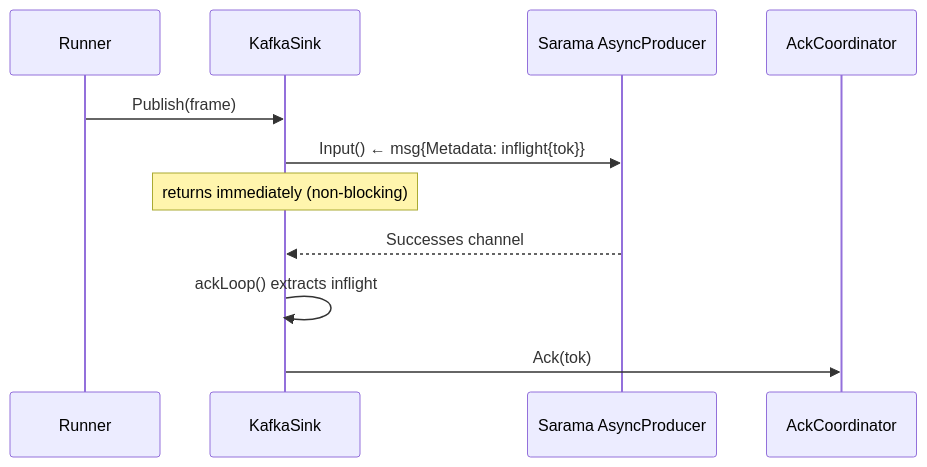
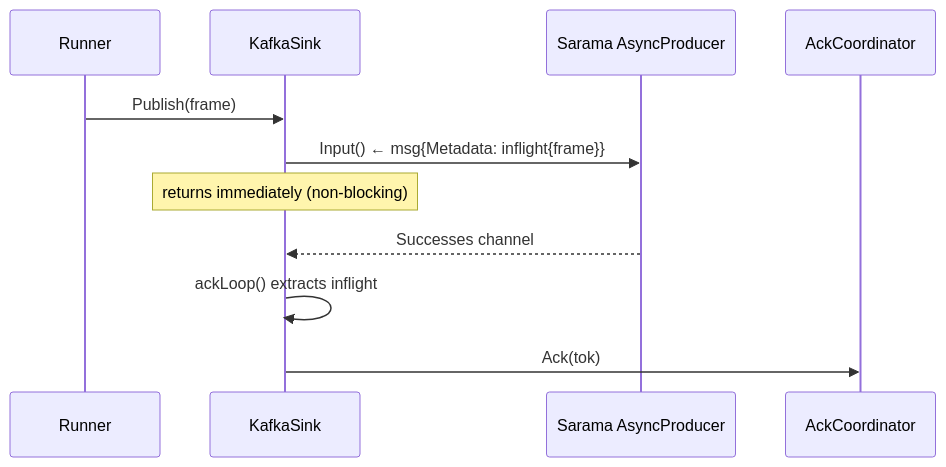
One commit to mohsanabbas/quanta changed the diagram in docs/specs/sink.md. Above: the diagram before and after it, drawn with Mermaid. The commit also changed other lines of this file and 31 other files, not shown here.

````diff
--- a/docs/specs/sink.md
+++ b/docs/specs/sink.md
@@ -51,15 +68,15 @@
 ```mermaid
 sequenceDiagram
   participant Runner
   participant KafkaSink
   participant AsyncProducer as Sarama AsyncProducer
   participant Coordinator as AckCoordinator
 
   Runner->>KafkaSink: Publish(frame)
-  KafkaSink->>AsyncProducer: Input() ← msg{Metadata: inflight{tok}}
+  KafkaSink->>AsyncProducer: Input() ← msg{Metadata: inflight{frame}}
   Note over KafkaSink: returns immediately (non-blocking)
 
   AsyncProducer-->>KafkaSink: Successes channel
   KafkaSink->>KafkaSink: ackLoop() extracts inflight
   KafkaSink->>Coordinator: Ack(tok)
 ```
````
